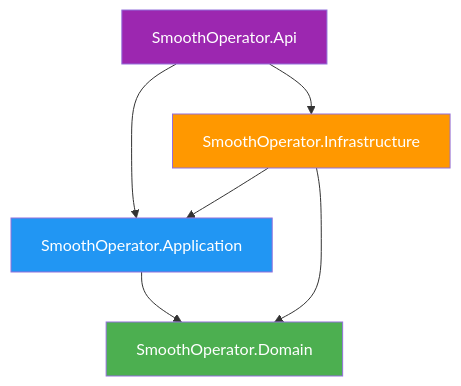
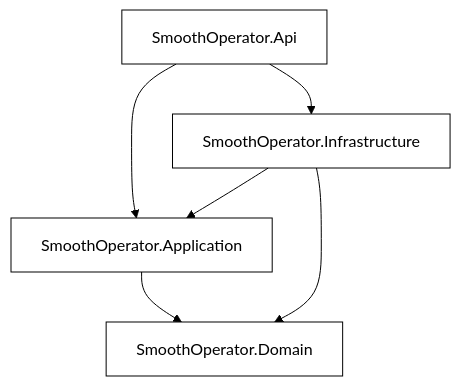
The fourth of 6 diagrams in docs/architecture/overview.md (alessandrocaetanob/smooth-operator), drawn with Mermaid before and after one commit. The commit also changed other lines of this file and 7 other files, not shown here.

First line of the commit message:
docs: improve Mermaid diagram contrast and add project configurations (#94)

````diff
--- a/docs/architecture/overview.md
+++ b/docs/architecture/overview.md
@@ -105,13 +147,20 @@
 ```mermaid
+%%{init: {
+  'theme': 'base',
+  'themeVariables': {
+    'primaryColor': '#ffffff',
+    'primaryBorderColor': '#000000',
+    'primaryTextColor': '#000000',
+    'lineColor': '#000000',
+    'fontSize': '16px',
+    'fontFamily': 'Inter, system-ui, sans-serif',
+    'mainBkg': '#ffffff'
+  }
+}}%%
 graph TD
   Api["SmoothOperator.Api"] --> Application["SmoothOperator.Application"]
   Api --> Infrastructure["SmoothOperator.Infrastructure"]
   Infrastructure --> Application
   Infrastructure --> Domain["SmoothOperator.Domain"]
   Application --> Domain
-
-  style Domain fill:#4caf50,color:#fff
-  style Application fill:#2196f3,color:#fff
-  style Infrastructure fill:#ff9800,color:#fff
-  style Api fill:#9c27b0,color:#fff
 ```
````
